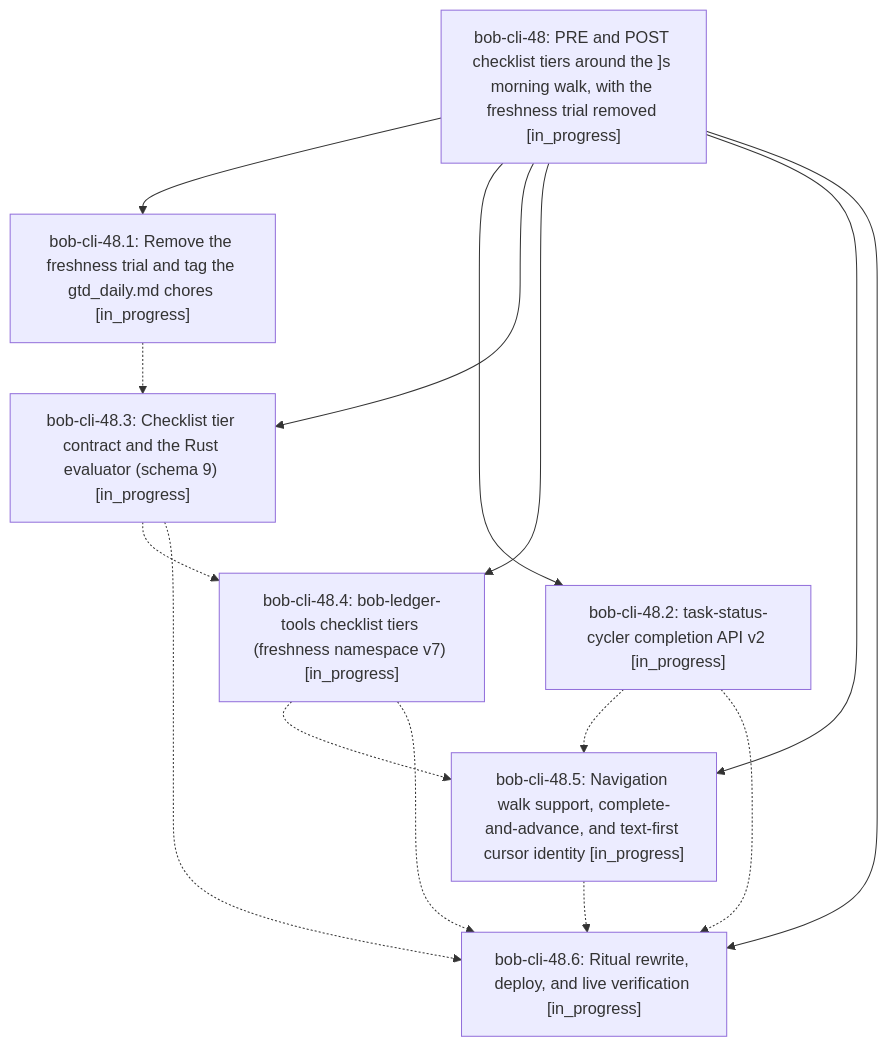
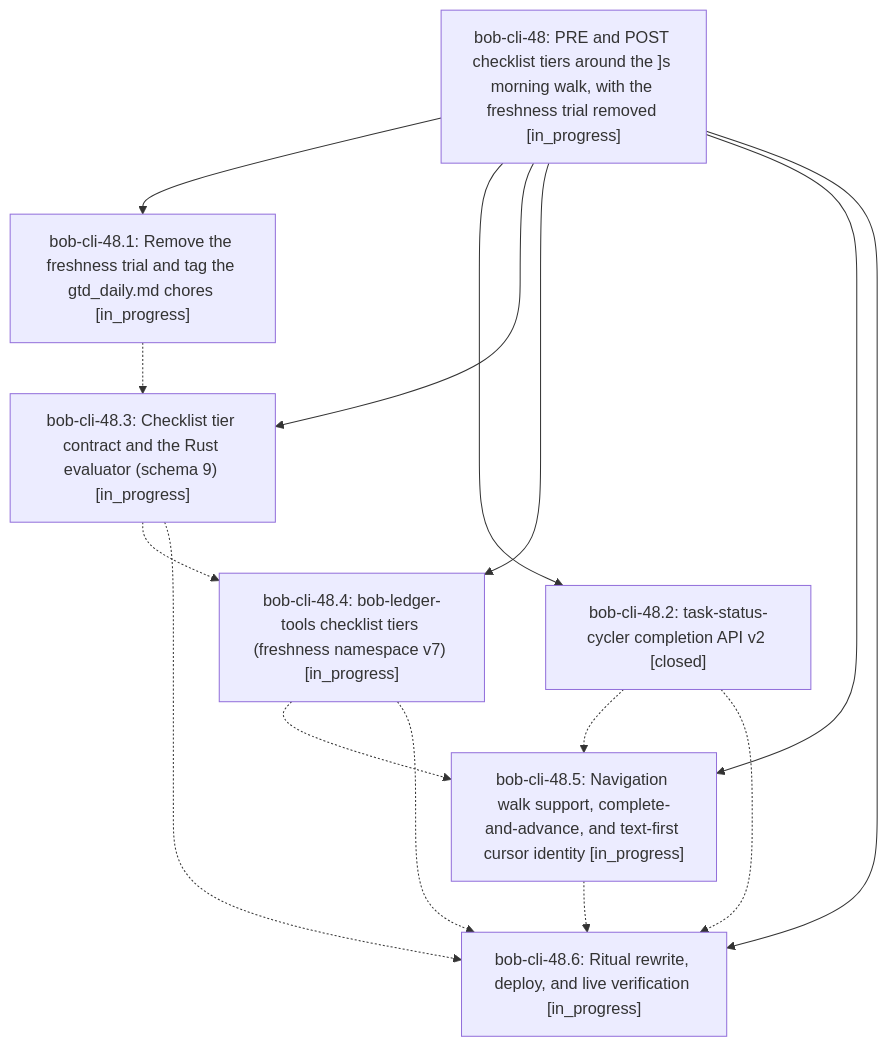
The diagram in pages/bob-cli-48/README.md (bobs-org/bob-cli--beads), drawn with Mermaid before and after one commit. The commit also changed other lines of this file and 3 other files, not shown here.

First line of the commit message:
chore(beads): sync bead state and pages for bob-cli-48

````diff
--- a/pages/bob-cli-48/README.md
+++ b/pages/bob-cli-48/README.md
@@ -27,24 +27,24 @@
 ```mermaid
 flowchart TD
     n0["bob-cli-48: PRE and POST checklist tiers around the ]s morning walk, with the freshness trial removed [in_progress]"]
     n1["bob-cli-48.1: Remove the freshness trial and tag the gtd_daily.md chores [in_progress]"]
-    n2["bob-cli-48.2: task-status-cycler completion API v2 [in_progress]"]
+    n2["bob-cli-48.2: task-status-cycler completion API v2 [closed]"]
     n3["bob-cli-48.3: Checklist tier contract and the Rust evaluator (schema 9) [in_progress]"]
     n4["bob-cli-48.4: bob-ledger-tools checklist tiers (freshness namespace v7) [in_progress]"]
     n5["bob-cli-48.5: Navigation walk support, complete-and-advance, and text-first cursor identity [in_progress]"]
     n6["bob-cli-48.6: Ritual rewrite, deploy, and live verification [in_progress]"]
     n0 --> n1
     n0 --> n2
     n0 --> n3
     n0 --> n4
     n0 --> n5
     n0 --> n6
     n1 -.-> n3
     n2 -.-> n5
     n2 -.-> n6
     n3 -.-> n4
     n3 -.-> n6
     n4 -.-> n5
     n4 -.-> n6
     n5 -.-> n6
 ```
````
